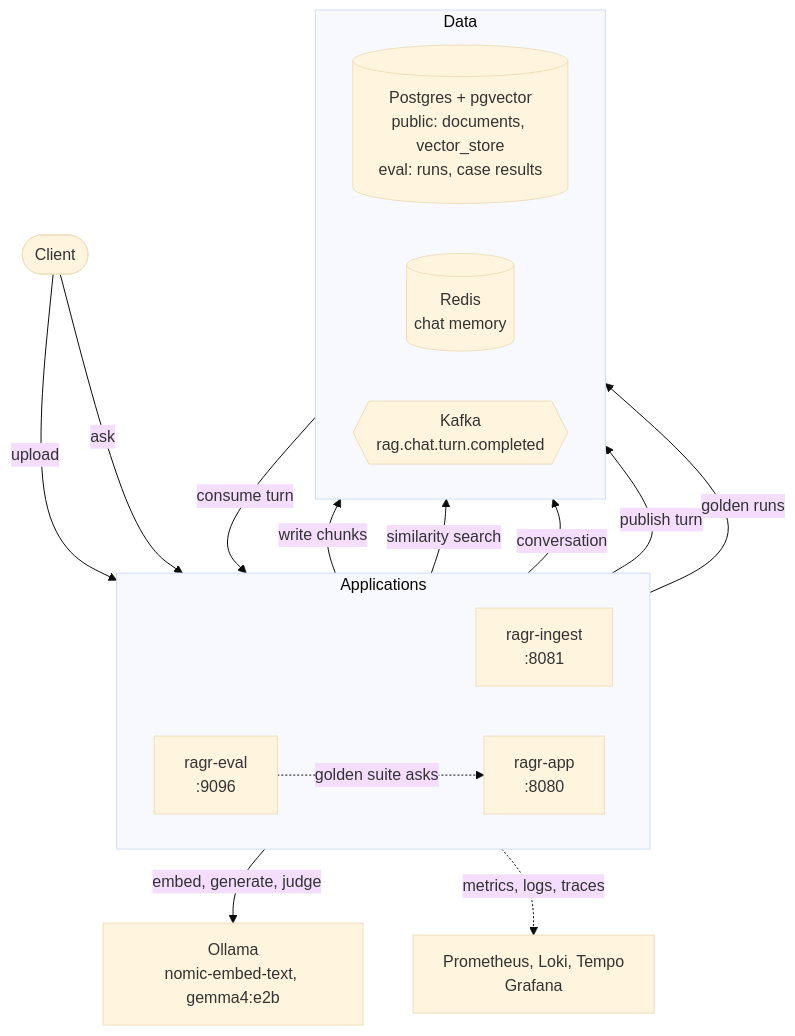
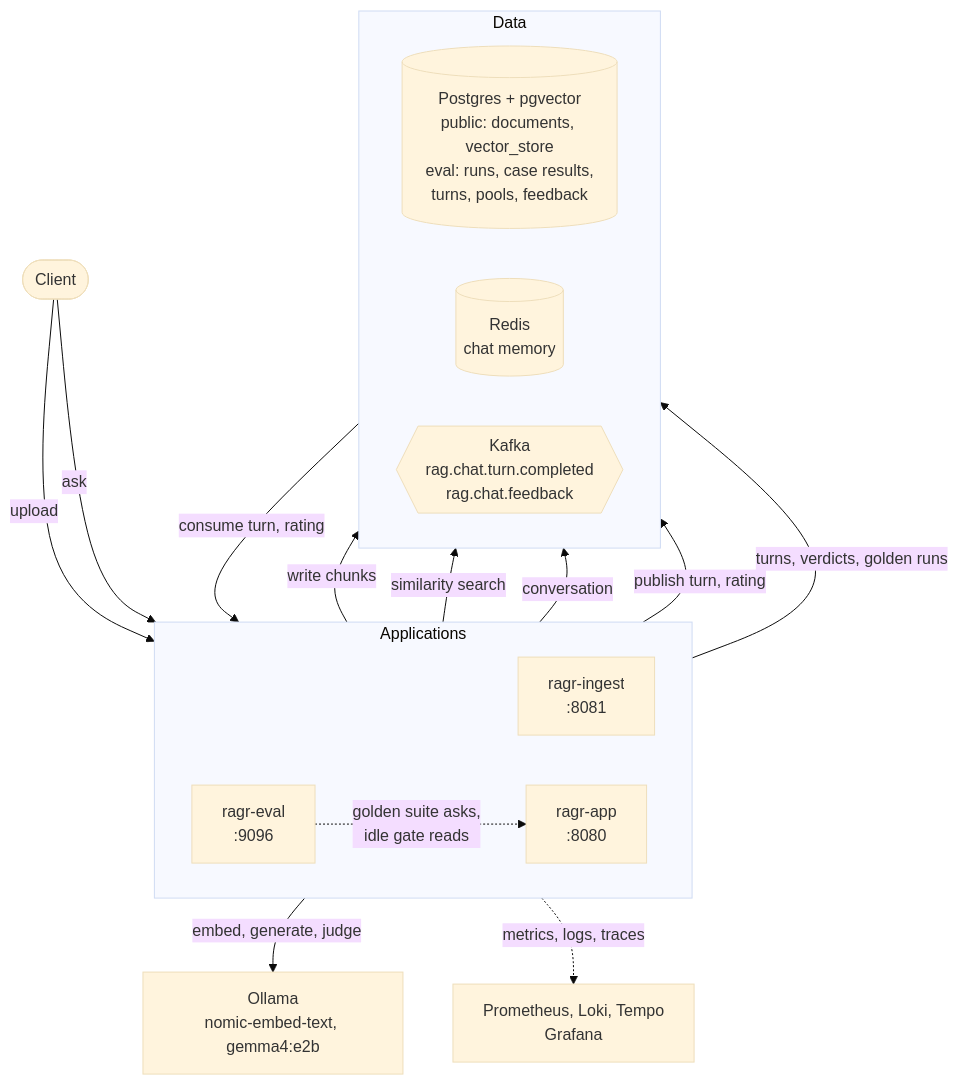
The first of 3 diagrams in README.md (subhanmishra/spring-ai), drawn with Mermaid (base theme) before and after one commit. The commit also changed other lines of this file and 78 other files, not shown here.

````diff
--- a/README.md
+++ b/README.md
@@ -24,33 +24,33 @@
 ```mermaid
 flowchart TB
     user([Client])
 
     subgraph apps [Applications]
         direction LR
         ingest[ragr-ingest<br/>:8081]
         chat[ragr-app<br/>:8080]
         eval[ragr-eval<br/>:9096]
     end
 
     subgraph data [Data]
         direction LR
-        pg[(Postgres + pgvector<br/>public: documents, vector_store<br/>eval: runs, case results)]
+        pg[(Postgres + pgvector<br/>public: documents, vector_store<br/>eval: runs, case results,<br/>turns, pools, feedback)]
         redis[(Redis<br/>chat memory)]
-        kafka{{Kafka<br/>rag.chat.turn.completed}}
+        kafka{{Kafka<br/>rag.chat.turn.completed<br/>rag.chat.feedback}}
     end
 
     ollama[Ollama<br/>nomic-embed-text, gemma4:e2b]
     obs[Prometheus, Loki, Tempo<br/>Grafana]
 
     user -- upload --> ingest
     user -- ask --> chat
     ingest -- write chunks --> pg
     chat -- similarity search --> pg
     chat -- conversation --> redis
-    chat -- publish turn --> kafka
-    kafka -- consume turn --> eval
-    eval -- golden runs --> pg
-    eval -. golden suite asks .-> chat
+    chat -- publish turn, rating --> kafka
+    kafka -- consume turn, rating --> eval
+    eval -- turns, verdicts, golden runs --> pg
+    eval -. golden suite asks,<br/>idle gate reads .-> chat
     apps -- embed, generate, judge --> ollama
     apps -. metrics, logs, traces .-> obs
 ```
````
